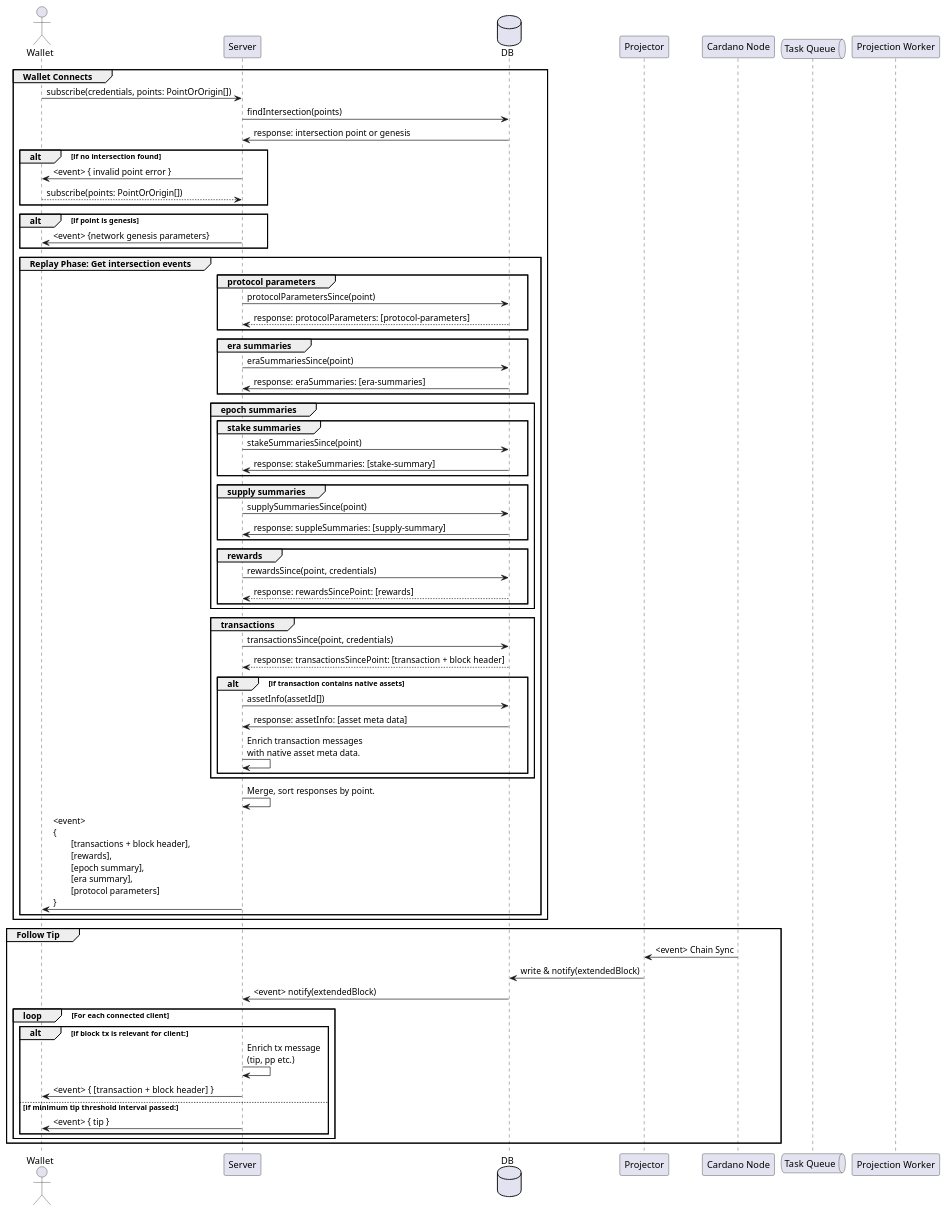
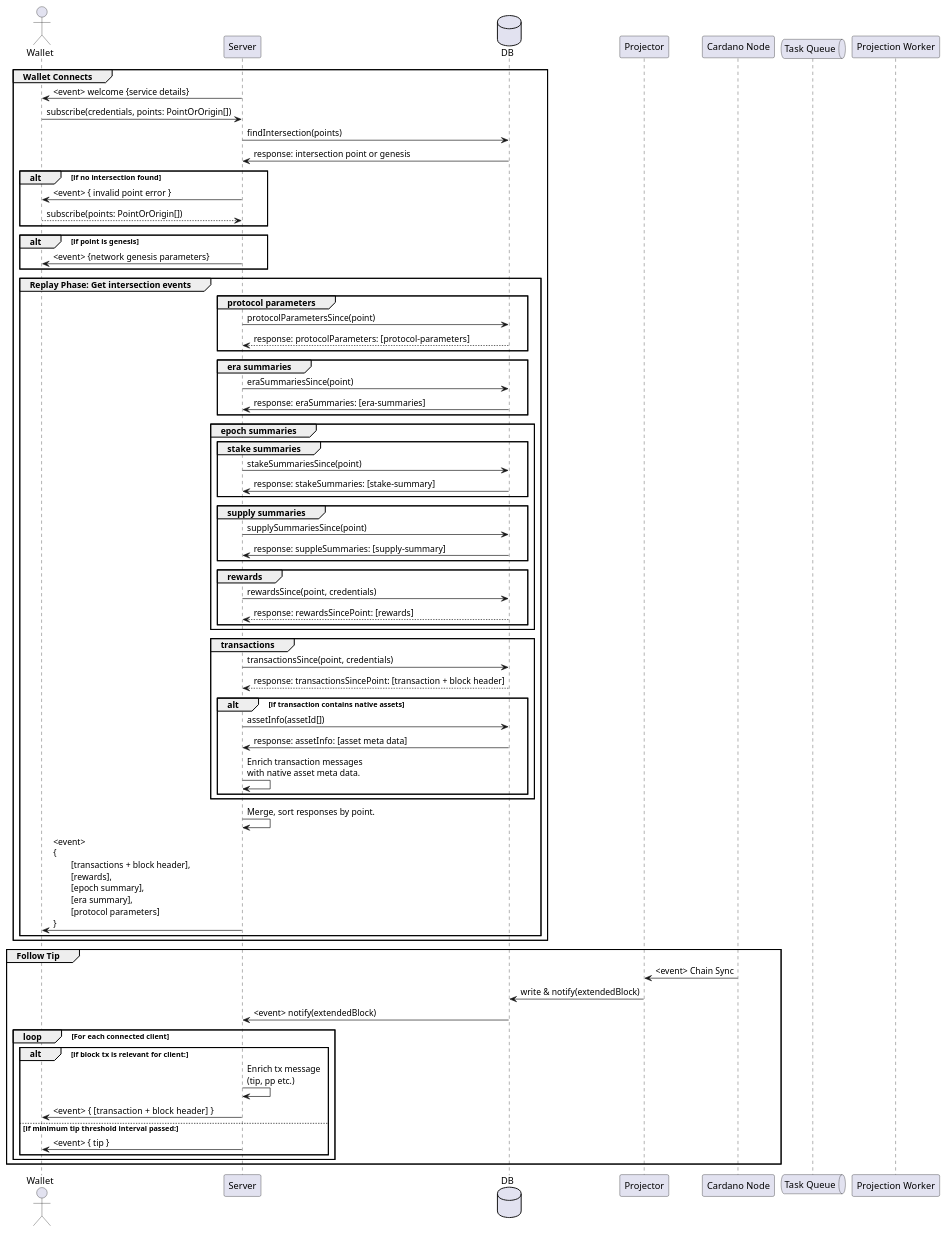
One commit to will-break-it/wallet-architecture changed the diagram in docs/CIP/CIP-XXXX/src/02-Synchronization-Sequence.puml. Above: the diagram before and after it, drawn with PlantUML. The commit also changed 3 other files, not shown here.

Commit message:
docs: add Welcome message partial page and update Synchronization Sequence

```diff
--- a/docs/CIP/CIP-XXXX/src/02-Synchronization-Sequence.puml
+++ b/docs/CIP/CIP-XXXX/src/02-Synchronization-Sequence.puml
@@ -1,83 +1,84 @@
 @startuml Synchronization-Sequence
 
 actor Wallet
 participant Server
 database DB
 participant Projector
 participant "Cardano Node" as Node
 queue "Task Queue" as Queue
 participant "Projection Worker" as Worker
 
 group Wallet Connects
+  Server -> Wallet: <event> welcome {service details}
   Wallet -> Server: subscribe(credentials, points: PointOrOrigin[])
   Server -> DB: findIntersection(points)
   DB -> Server: response: intersection point or genesis
 
   alt if no intersection found
     Server -> Wallet: <event> { invalid point error }
     Wallet --> Server: subscribe(points: PointOrOrigin[])
   end
 
   alt if point is genesis
     Server -> Wallet: <event> {network genesis parameters}
   end
 
   group Replay Phase: Get intersection events 
     group protocol parameters
       Server -> DB: protocolParametersSince(point)
       DB --> Server: response: protocolParameters: [protocol-parameters]
     end
 
     group era summaries
       Server -> DB: eraSummariesSince(point)
       DB -> Server: response: eraSummaries: [era-summaries]
     end
     
     group epoch summaries
       group stake summaries
         Server -> DB: stakeSummariesSince(point)
         DB -> Server: response: stakeSummaries: [stake-summary]
       end
       group supply summaries
         Server -> DB: supplySummariesSince(point)
         DB -> Server: response: suppleSummaries: [supply-summary]
       end
       group rewards
         Server -> DB: rewardsSince(point, credentials)
         DB --> Server: response: rewardsSincePoint: [rewards]
       end
     end
 
     group transactions
       Server -> DB: transactionsSince(point, credentials)
       DB --> Server: response: transactionsSincePoint: [transaction + block header]
 
       alt if transaction contains native assets
         Server -> DB: assetInfo(assetId[])
         DB -> Server: response: assetInfo: [asset meta data]
         Server -> Server: Enrich transaction messages\nwith native asset meta data.
       end
     end
   
     Server -> Server: Merge, sort responses by point.
     Server -> Wallet: <event> \n{\n\t[transactions + block header],\n\t[rewards],\n\t[epoch summary],\n\t[era summary],\n\t[protocol parameters]\n}
   end
 
 end
 
 group Follow Tip
   Node -> Projector: <event> Chain Sync
   Projector -> DB: write & notify(extendedBlock)
   DB -> Server: <event> notify(extendedBlock)
 
   loop For each connected client
     alt if block tx is relevant for client:
       Server -> Server: Enrich tx message\n(tip, pp etc.)
       Server -> Wallet: <event>  { [transaction + block header] }
     else if minimum tip threshold interval passed:
       Server -> Wallet: <event> { tip }
     end
   end
 end
 
 @enduml
```
